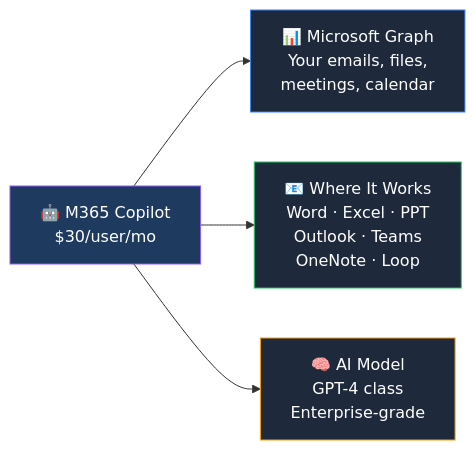
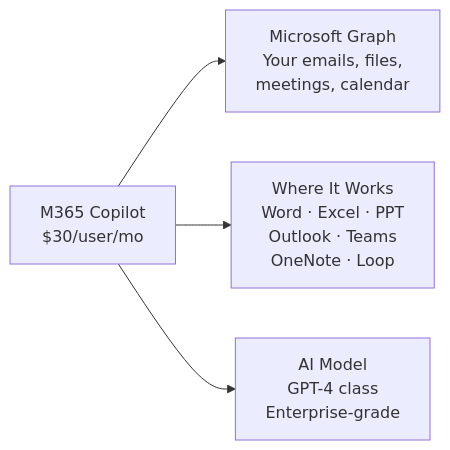
Before and after one commit to susanthgit/aguidetocloud-revamp: the first of 2 diagrams in content/licensing/microsoft-365-copilot.md, drawn with Mermaid. The commit also changed other lines of this file and 553 other files, not shown here.

First line of the commit message:
🌸 Z17: Zen Mermaid diagrams — Stripe Docs style

````diff
--- a/content/licensing/microsoft-365-copilot.md
+++ b/content/licensing/microsoft-365-copilot.md
@@ -31,14 +31,10 @@
 ```mermaid
 flowchart LR
-    COP["🤖 M365 Copilot\n$30/user/mo"]
-    GRAPH["📊 Microsoft Graph\nYour emails, files,\nmeetings, calendar"]
-    APPS["📧 Where It Works\nWord · Excel · PPT\nOutlook · Teams\nOneNote · Loop"]
-    LLM["🧠 AI Model\nGPT-4 class\nEnterprise-grade"]
+    COP["M365 Copilot<br/>$30/user/mo"]
+    GRAPH["Microsoft Graph<br/>Your emails, files,<br/>meetings, calendar"]
+    APPS["Where It Works<br/>Word · Excel · PPT<br/>Outlook · Teams<br/>OneNote · Loop"]
+    LLM["AI Model<br/>GPT-4 class<br/>Enterprise-grade"]
     COP --> GRAPH
     COP --> APPS
     COP --> LLM
-    style COP fill:#1e3a5f,stroke:#8b5cf6,color:#ffffff
-    style GRAPH fill:#1e293b,stroke:#3b82f6,color:#ffffff
-    style APPS fill:#1e293b,stroke:#22c55e,color:#ffffff
-    style LLM fill:#1e293b,stroke:#f59e0b,color:#ffffff
 ```
````
